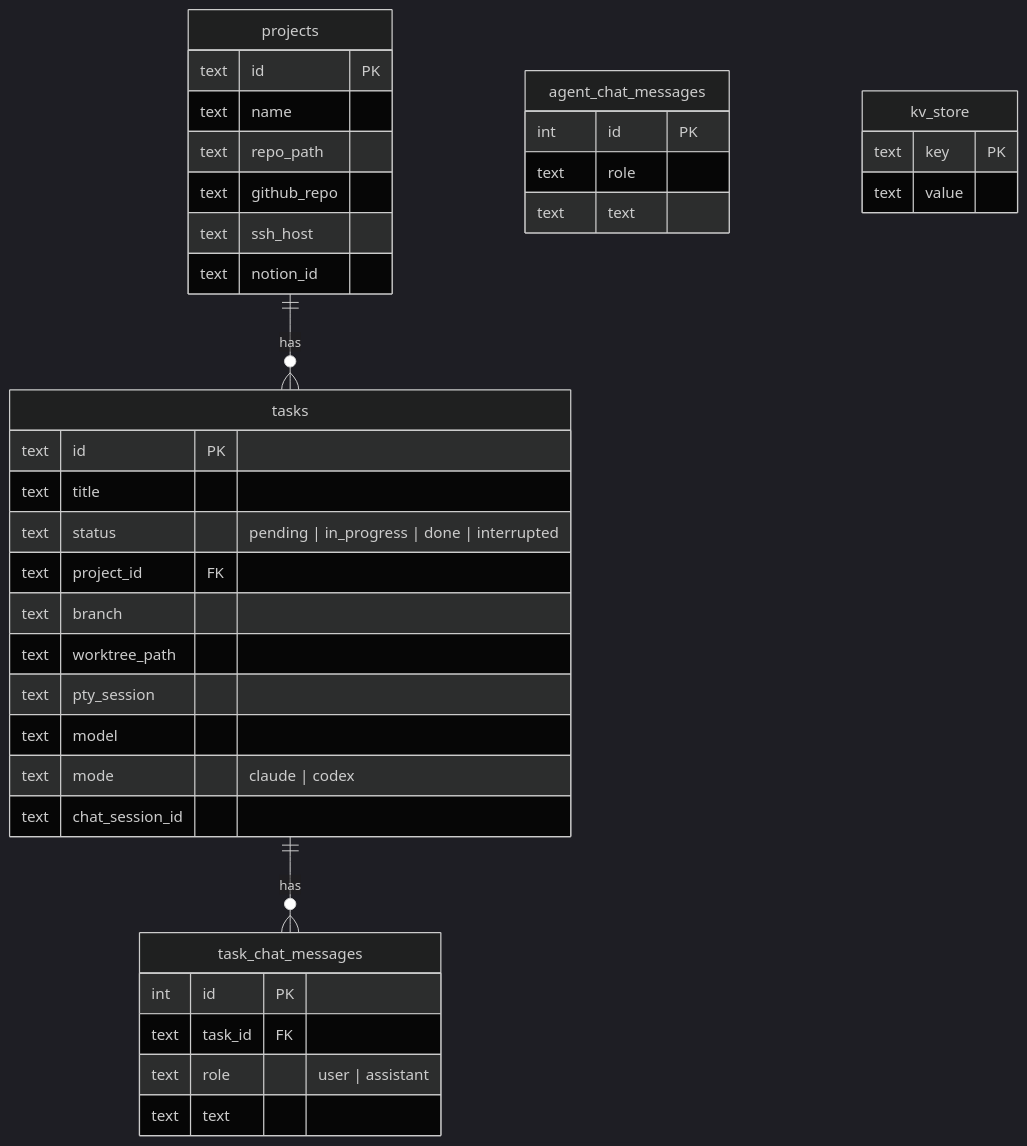
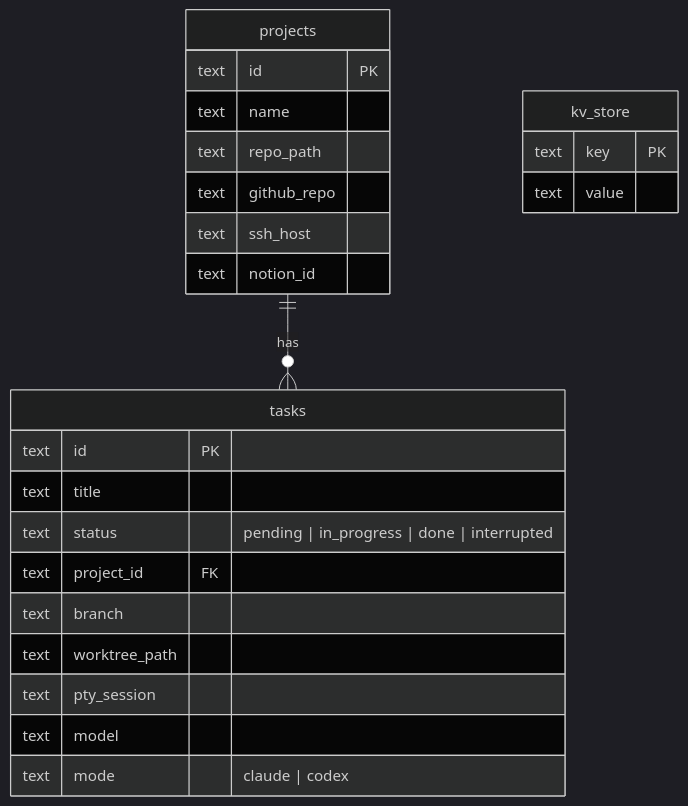
Before and after one commit to ZHHHH9980/claude-code-manager: the sixth of 6 diagrams in docs/architecture.md, drawn with Mermaid (dark theme). The commit also changed other lines of this file and 5 other files, not shown here.

First line of the commit message:
Remove AssistantChatWindow and SSE chat functionality

````diff
--- a/docs/architecture.md
+++ b/docs/architecture.md
@@ -133,45 +124,30 @@
 ```mermaid
 erDiagram
     projects ||--o{ tasks : has
-    tasks ||--o{ task_chat_messages : has
 
     projects {
         text id PK
         text name
         text repo_path
         text github_repo
         text ssh_host
         text notion_id
     }
 
     tasks {
         text id PK
         text title
         text status "pending | in_progress | done | interrupted"
         text project_id FK
         text branch
         text worktree_path
         text pty_session
         text model
         text mode "claude | codex"
-        text chat_session_id
-    }
-
-    task_chat_messages {
-        int id PK
-        text task_id FK
-        text role "user | assistant"
-        text text
-    }
-
-    agent_chat_messages {
-        int id PK
-        text role
-        text text
     }
 
     kv_store {
         text key PK
         text value
     }
 ```
````
